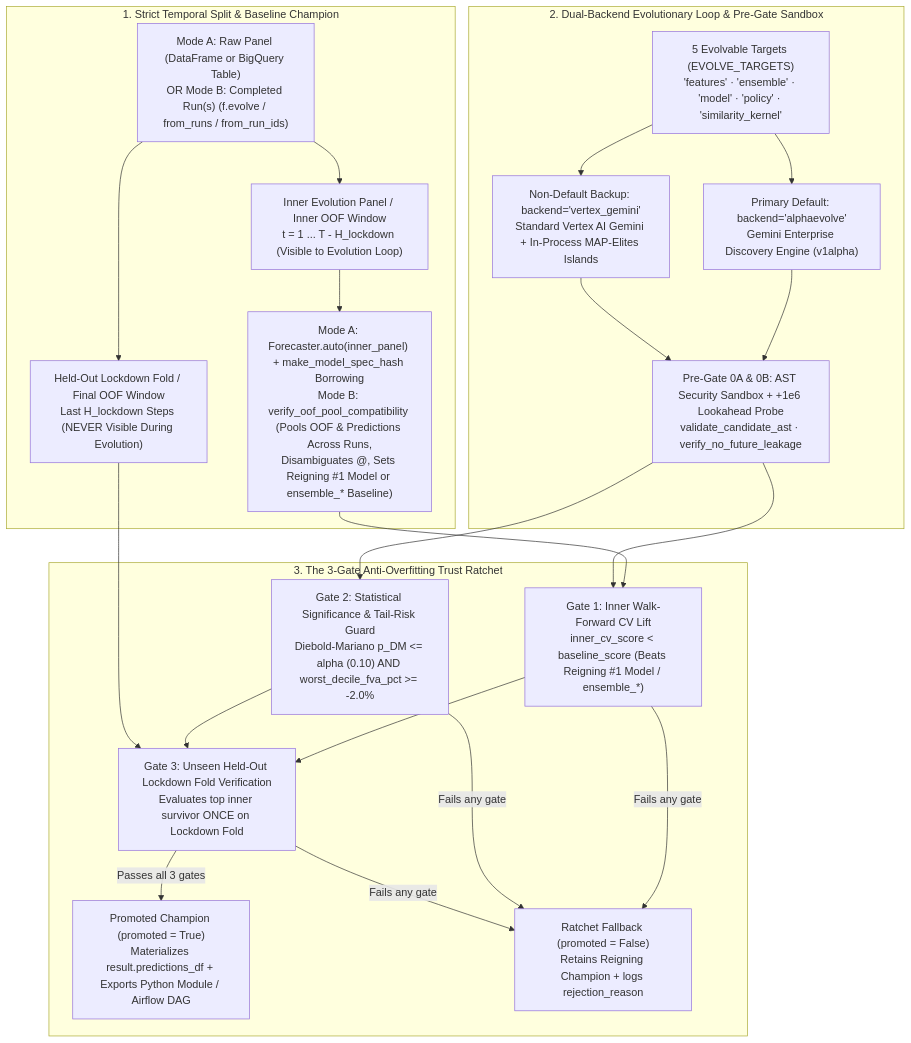
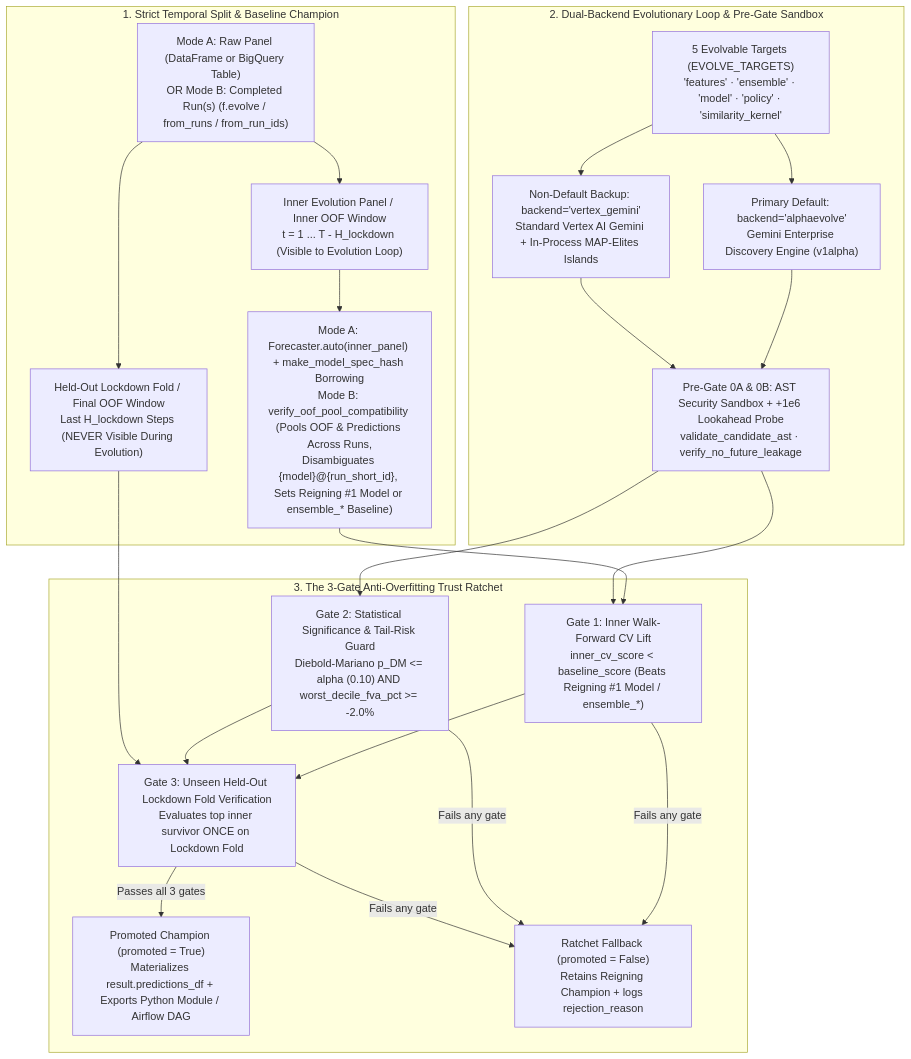
Before and after one commit to statmike/scale-forecasting: the diagram in docs/alphaevolve_runner.md, drawn with Mermaid. The commit also changed 14 other files, not shown here.

Commit message:
docs(mermaid): reconfigure wide diagrams to vertical TD layout with concise labels

````diff
--- a/docs/alphaevolve_runner.md
+++ b/docs/alphaevolve_runner.md
@@ -48,34 +48,34 @@
 ```mermaid
 flowchart TB
     subgraph Split["1. Strict Temporal Split & Baseline Champion"]
         Raw["Mode A: Raw Panel (DataFrame or BigQuery Table)<br/>OR Mode B: Completed Run(s) (f.evolve / from_runs / from_run_ids)"]
         Inner["Inner Evolution Panel / Inner OOF Window<br/>t = 1 ... T - H_lockdown (Visible to Evolution Loop)"]
         Lock["Held-Out Lockdown Fold / Final OOF Window<br/>Last H_lockdown Steps (NEVER Visible During Evolution)"]
-        Auto["Mode A: Forecaster.auto(inner_panel) + make_model_spec_hash Borrowing<br/>Mode B: verify_oof_pool_compatibility (Pools OOF & Predictions Across Runs,<br/>Disambiguates <model>@<run_short_id>, Sets Reigning #1 Model or ensemble_* Baseline)"]
+        Auto["Mode A: Forecaster.auto(inner_panel) + make_model_spec_hash Borrowing<br/>Mode B: verify_oof_pool_compatibility (Pools OOF & Predictions Across Runs,<br/>Disambiguates {model}@{run_short_id}, Sets Reigning #1 Model or ensemble_* Baseline)"]
         Raw --> Inner & Lock
         Inner --> Auto
     end
 
     subgraph Loop["2. Dual-Backend Evolutionary Loop & Pre-Gate Sandbox"]
         Target["5 Evolvable Targets (EVOLVE_TARGETS)<br/>'features' · 'ensemble' · 'model' · 'policy' · 'similarity_kernel'"]
         Primary["Primary Default: backend='alphaevolve'<br/>Gemini Enterprise Discovery Engine (v1alpha)"]
         Backup["Non-Default Backup: backend='vertex_gemini'<br/>Standard Vertex AI Gemini + In-Process MAP-Elites Islands"]
         AST["Pre-Gate 0A & 0B: AST Security Sandbox + +1e6 Lookahead Probe<br/>validate_candidate_ast · verify_no_future_leakage"]
         Target --> Primary & Backup --> AST
     end
 
     subgraph Ratchet["3. The 3-Gate Anti-Overfitting Trust Ratchet"]
         G1["Gate 1: Inner Walk-Forward CV Lift<br/>inner_cv_score < baseline_score (Beats Reigning #1 Model / ensemble_*)"]
         G2["Gate 2: Statistical Significance & Tail-Risk Guard<br/>Diebold-Mariano p_DM <= alpha (0.10) AND worst_decile_fva_pct >= -2.0%"]
         G3["Gate 3: Unseen Held-Out Lockdown Fold Verification<br/>Evaluates top inner survivor ONCE on Lockdown Fold"]
         Promote["Promoted Champion (promoted = True)<br/>Materializes result.predictions_df + Exports Python Module / Airflow DAG"]
         Fallback["Ratchet Fallback (promoted = False)<br/>Retains Reigning Champion + logs rejection_reason"]
         G1 & G2 --> G3
         G3 -->|"Passes all 3 gates"| Promote
         G1 & G2 & G3 -->|"Fails any gate"| Fallback
     end
 
     Auto --> G1
     AST --> G1 & G2
     Lock --> G3
 ```
````
